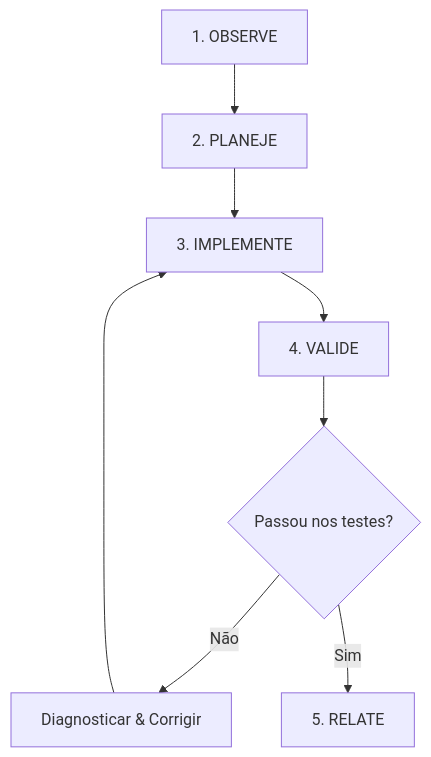
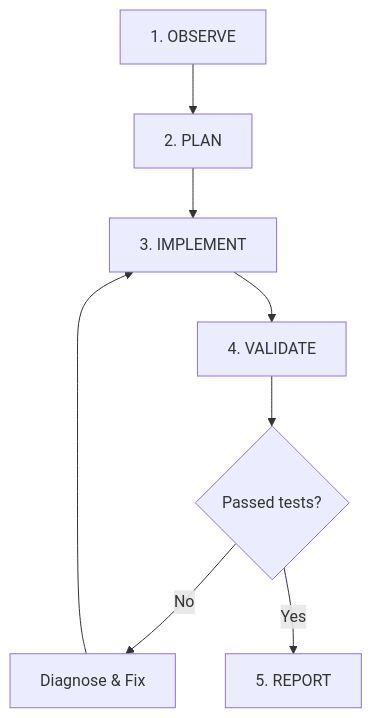
One commit to Henzen3d/godot-4-development changed the diagram in SKILL.md. Above: the diagram before and after it, drawn with Mermaid. The commit also changed other lines of this file and 10 other files, not shown here.

````diff
--- a/SKILL.md
+++ b/SKILL.md
@@ -58,10 +58,10 @@
 ```mermaid
 flowchart TD
-    A[1. OBSERVE] --> B[2. PLANEJE]
-    B --> C[3. IMPLEMENTE]
-    C --> D[4. VALIDE]
-    D --> E{Passou nos testes?}
-    E -- Não --> F[Diagnosticar & Corrigir]
+    A[1. OBSERVE] --> B[2. PLAN]
+    B --> C[3. IMPLEMENT]
+    C --> D[4. VALIDATE]
+    D --> E{Passed tests?}
+    E -- No --> F[Diagnose & Fix]
     F --> C
-    E -- Sim --> G[5. RELATE]
+    E -- Yes --> G[5. REPORT]
 ```
````
